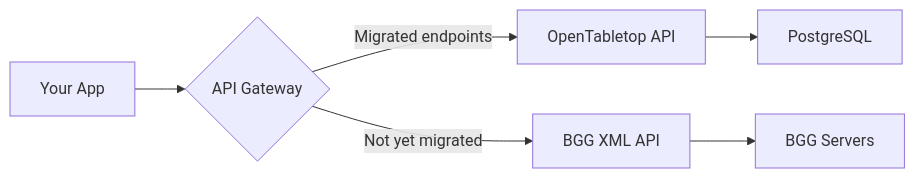
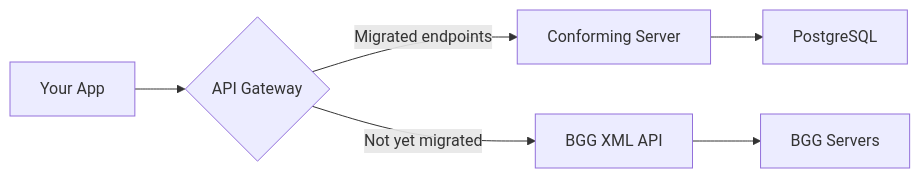
The diagram in docs/src/guides/migrating-from-bgg.md (tabletop-commons/OpenTabletop), drawn with Mermaid before and after one commit. The commit also changed other lines of this file and 68 other files, not shown here.

````diff
--- a/docs/src/guides/migrating-from-bgg.md
+++ b/docs/src/guides/migrating-from-bgg.md
@@ -9,8 +9,8 @@
 ```mermaid
 flowchart LR
     A[Your App] --> B{API Gateway}
-    B -->|Migrated endpoints| C[OpenTabletop API]
+    B -->|Migrated endpoints| C[Conforming Server]
     B -->|Not yet migrated| D[BGG XML API]
     C --> E[PostgreSQL]
     D --> F[BGG Servers]
 ```
````
